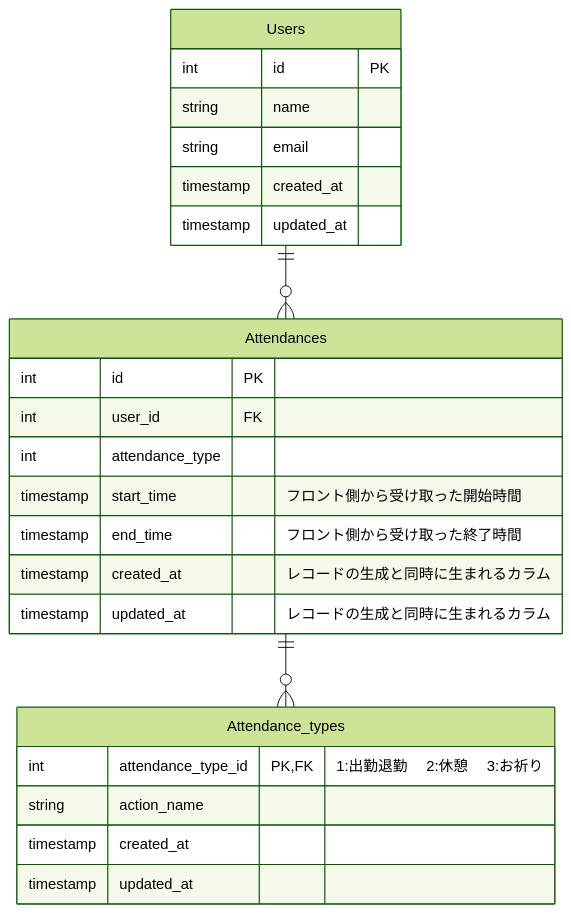
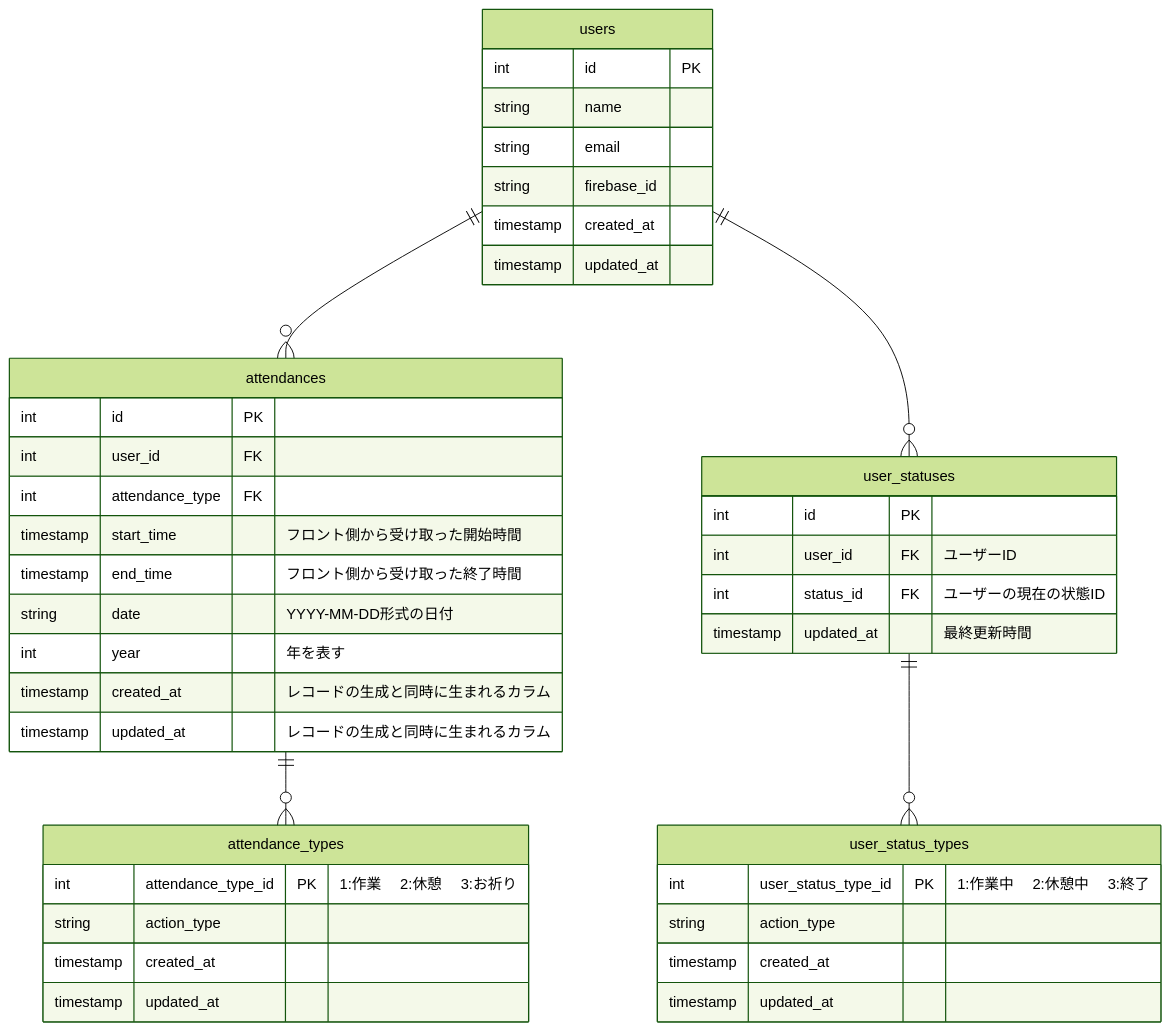
One commit to yoshimi-I/AttendanceApp changed the diagram in samples/er.md. Above: the diagram before and after it, drawn with Mermaid (forest theme). The commit also changed 1 other file, not shown here.

Commit message:
add: テーブル周りのルールの修正

````diff
--- a/samples/er.md
+++ b/samples/er.md
@@ -1,31 +1,50 @@
 ```mermaid
 erDiagram
-    Users ||--o{ Attendances : ""
-    Attendances ||--o{ Attendance_types : ""
+    users ||--o{ attendances : ""
+    attendances ||--o{ attendance_types : ""
+    users ||--o{ user_statuses : ""
+    user_statuses ||--o{ user_status_types : ""
 
-    Users {
+    users {
         int id PK
         string name
         string email
+        string firebase_id
         timestamp created_at
         timestamp updated_at
     }
 
-    Attendances {
+    attendances {
         int id PK
         int user_id FK
-        int attendance_type
+        int attendance_type FK
         timestamp start_time "フロント側から受け取った開始時間"
         timestamp end_time "フロント側から受け取った終了時間"
-        timestamp created_at　"レコードの生成と同時に生まれるカラム"
-        timestamp updated_at　"レコードの生成と同時に生まれるカラム"
+        string date "YYYY-MM-DD形式の日付"
+        int year "年を表す"
+        timestamp created_at "レコードの生成と同時に生まれるカラム"
+        timestamp updated_at "レコードの生成と同時に生まれるカラム"
     }
-    Attendance_types {
-        int attendance_type_id PK,FK"1:出勤退勤 　2:休憩 　3:お祈り" 
-        string action_name
+
+    attendance_types {
+        int attendance_type_id PK "1:作業 　2:休憩 　3:お祈り"
+        string action_type
         timestamp created_at
         timestamp updated_at
     }
 
+    user_status_types {
+        int user_status_type_id PK "1:作業中 　2:休憩中 　3:終了"
+        string action_type
+        timestamp created_at
+        timestamp updated_at
+    }
+
+    user_statuses {
+        int id PK
+        int user_id FK "ユーザーID"
+        int status_id FK "ユーザーの現在の状態ID"
+        timestamp updated_at "最終更新時間"
+    }
 
 ```
````
